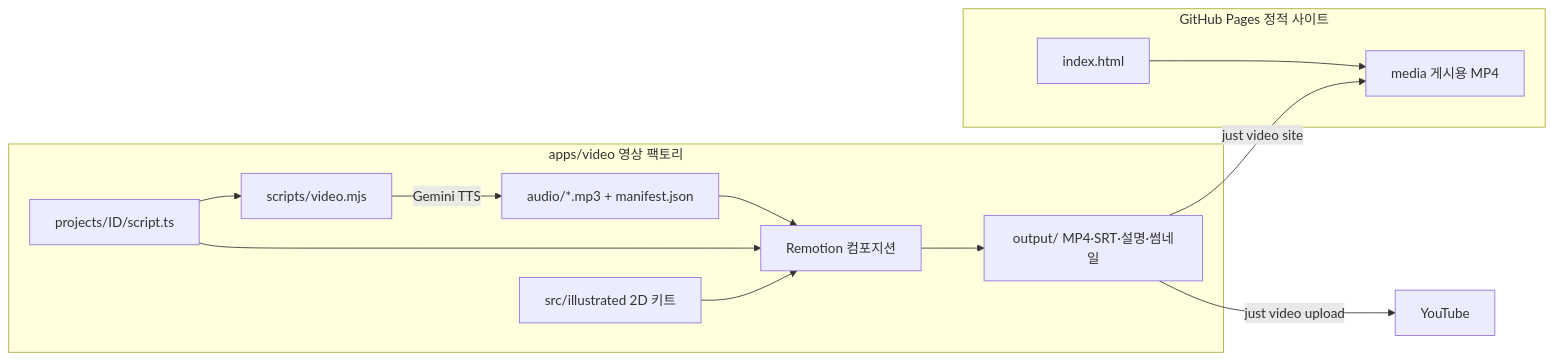
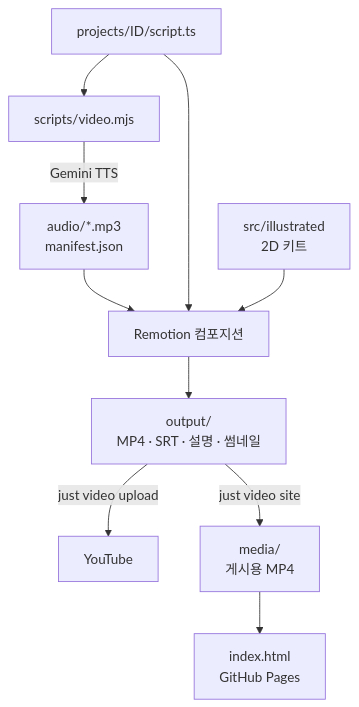
Before and after one commit to savvy773/prism-platform-site: the diagram in docs/ARCHITECTURE.md, drawn with Mermaid. The commit also changed 1 other file, not shown here.

Commit message:
Vertical diagrams and scroll-free quick start in README

````diff
--- a/docs/ARCHITECTURE.md
+++ b/docs/ARCHITECTURE.md
@@ -5,16 +5,12 @@
 ```mermaid
-flowchart LR
-  subgraph Page[GitHub Pages 정적 사이트]
-    HTML[index.html] --> Media[media 게시용 MP4]
-  end
-  subgraph Factory[apps/video 영상 팩토리]
-    Script[projects/ID/script.ts] --> CLI[scripts/video.mjs]
-    CLI -->|Gemini TTS| Audio[audio/*.mp3 + manifest.json]
-    Audio --> Render[Remotion 컴포지션]
-    Script --> Render
-    Kit[src/illustrated 2D 키트] --> Render
-    Render --> Output[output/ MP4·SRT·설명·썸네일]
-  end
+flowchart TB
+  Script["projects/ID/script.ts"] --> CLI["scripts/video.mjs"]
+  CLI -->|Gemini TTS| Audio["audio/*.mp3<br/>manifest.json"]
+  Audio --> Render["Remotion 컴포지션"]
+  Script --> Render
+  Kit["src/illustrated<br/>2D 키트"] --> Render
+  Render --> Output["output/<br/>MP4 · SRT · 설명 · 썸네일"]
   Output -->|just video upload| YouTube
-  Output -->|just video site| Media
+  Output -->|just video site| Media["media/<br/>게시용 MP4"]
+  Media --> HTML["index.html<br/>GitHub Pages"]
 ```
````
